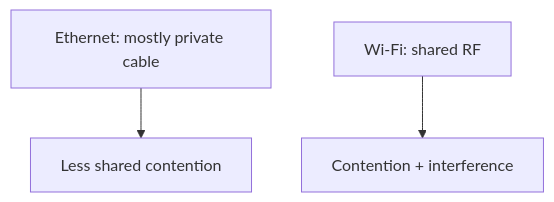
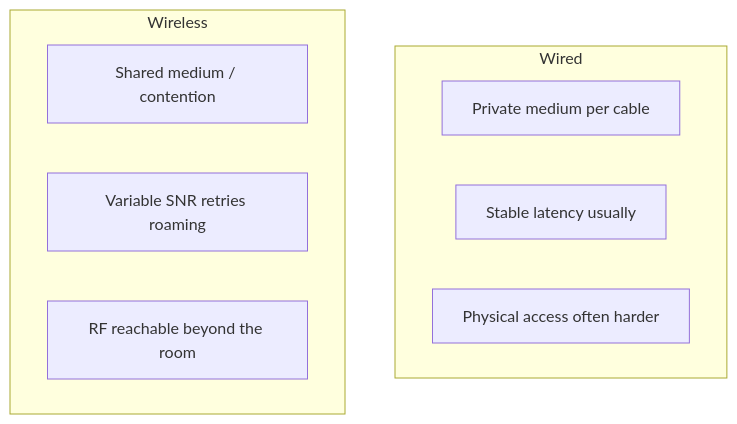
The fifth of 10 diagrams in learning/09-wireless-networking.md (omnayak27199/pktana), drawn with Mermaid before and after one commit. The commit also changed other lines of this file and 14 other files, not shown here.

````diff
--- a/learning/09-wireless-networking.md
+++ b/learning/09-wireless-networking.md
@@ -41,5 +135,13 @@
 ```mermaid
 flowchart TB
-  Eth[Ethernet: mostly private cable] --> Quiet[Less shared contention]
-  WiFi[Wi‑Fi: shared RF] --> Busy[Contention + interference]
+  subgraph Wired
+    W1[Private medium per cable]
+    W2[Stable latency usually]
+    W3[Physical access often harder]
+  end
+  subgraph Wireless
+    R1[Shared medium / contention]
+    R2[Variable SNR retries roaming]
+    R3[RF reachable beyond the room]
+  end
 ```
````
